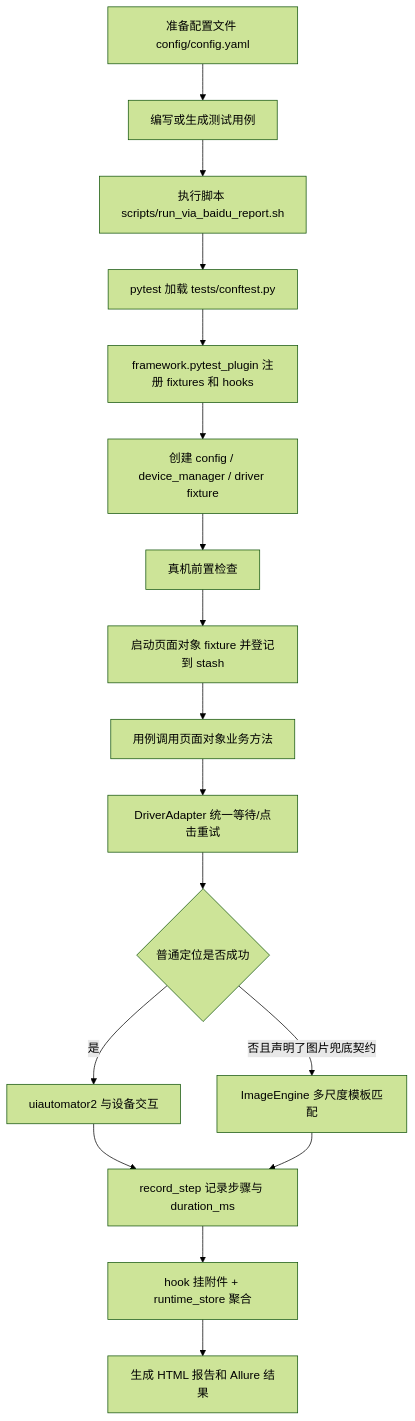
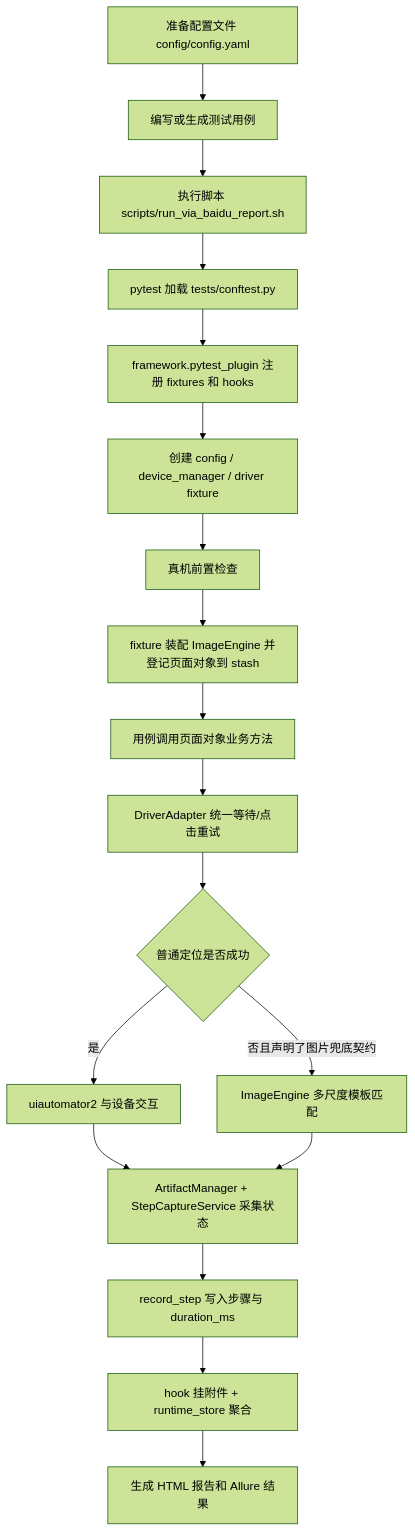
One commit to leaveeeeeee/ai-android-ui-autotest-framework changed the first of 3 diagrams in docs/framework_flow.md. Above: the diagram before and after it, drawn with Mermaid (forest theme). The commit also changed other lines of this file and 17 other files, not shown here.

Commit message:
refactor(framework): decouple step capture and cover hooks (#4)

````diff
--- a/docs/framework_flow.md
+++ b/docs/framework_flow.md
@@ -10,19 +10,20 @@
 ```mermaid
 flowchart TD
     A[准备配置文件 config/config.yaml] --> B[编写或生成测试用例]
     B --> C[执行脚本 scripts/run_via_baidu_report.sh]
     C --> D[pytest 加载 tests/conftest.py]
     D --> E[framework.pytest_plugin 注册 fixtures 和 hooks]
     E --> F[创建 config / device_manager / driver fixture]
     F --> G[真机前置检查]
-    G --> H[启动页面对象 fixture 并登记到 stash]
+    G --> H[fixture 装配 ImageEngine 并登记页面对象到 stash]
     H --> I[用例调用页面对象业务方法]
     I --> J[DriverAdapter 统一等待/点击重试]
     J --> K{普通定位是否成功}
     K -- 是 --> L[uiautomator2 与设备交互]
     K -- 否且声明了图片兜底契约 --> M[ImageEngine 多尺度模板匹配]
-    L --> N[record_step 记录步骤与 duration_ms]
+    L --> N[ArtifactManager + StepCaptureService 采集状态]
     M --> N
-    N --> O[hook 挂附件 + runtime_store 聚合]
-    O --> P[生成 HTML 报告和 Allure 结果]
+    N --> O[record_step 写入步骤与 duration_ms]
+    O --> P[hook 挂附件 + runtime_store 聚合]
+    P --> Q[生成 HTML 报告和 Allure 结果]
 ```
````
